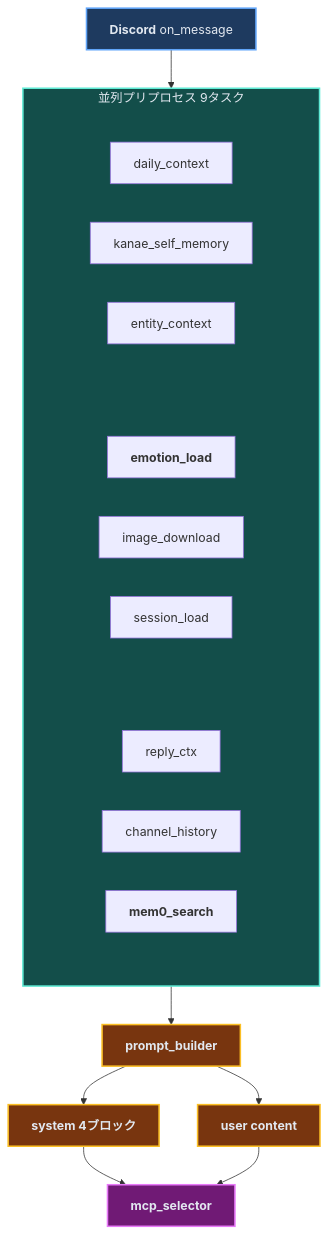
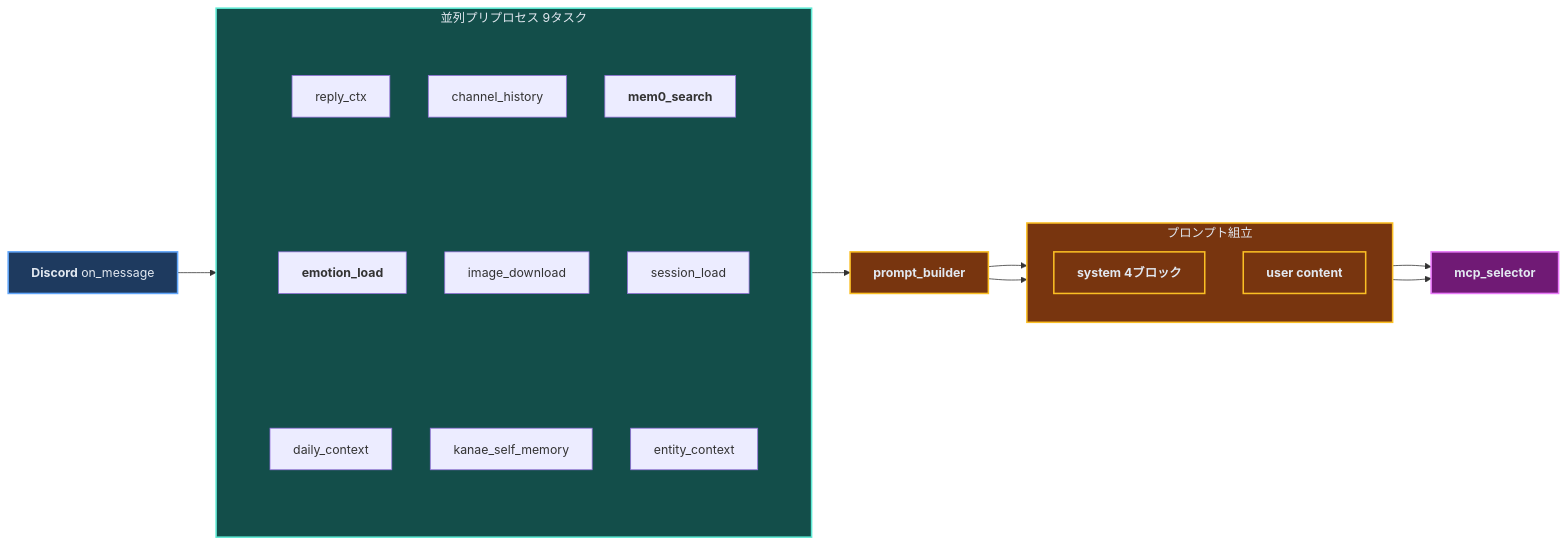
One commit to haroin57/haroin57.com changed the second of 6 diagrams in content/products/discord-bot.md. Above: the diagram before and after it, drawn with Mermaid. The commit also changed other lines of this file, not shown here.

Commit message:
fix: Layer 2をLRフローに変更、Layer 4フォントを24pxに拡大
Layer 2: 全体フローをLRに戻し、9タスクを3列×3行のグリッド配置に。
Layer 4: フォントサイズを18px→24pxに拡大。

````diff
--- a/content/products/discord-bot.md
+++ b/content/products/discord-bot.md
@@ -578,44 +578,53 @@
 ```mermaid
-flowchart TB
+flowchart LR
     MSG["`**Discord** on_message`"]:::input
 
     subgraph Parallel["並列プリプロセス 9タスク"]
-        direction LR
-        subgraph Row1[" "]
-            direction LR
+        direction TB
+        subgraph Col1[" "]
+            direction TB
             T1["`reply_ctx`"]
             T2["`channel_history`"]
             T3["`**mem0_search**`"]
         end
-        subgraph Row2[" "]
-            direction LR
+        subgraph Col2[" "]
+            direction TB
             T4["`**emotion_load**`"]
             T5["`image_download`"]
             T6["`session_load`"]
         end
-        subgraph Row3[" "]
-            direction LR
+        subgraph Col3[" "]
+            direction TB
             T7["`daily_context`"]
             T8["`kanae_self_memory`"]
             T9["`entity_context`"]
         end
+        Col1 ~~~ Col2 ~~~ Col3
     end
 
     PB["`**prompt_builder**`"]:::build
-    SYS["`**system 4ブロック**`"]:::build
-    USER["`**user content**`"]:::build
+
+    subgraph Build["プロンプト組立"]
+        direction TB
+        SYS["`**system 4ブロック**`"]:::build
+        USER["`**user content**`"]:::build
+    end
+
     MCPS["`**mcp_selector**`"]:::select
 
     MSG --> Parallel
     Parallel --> PB
-    PB --> SYS & USER
-    SYS & USER --> MCPS
+    PB --> SYS
+    PB --> USER
+    SYS --> MCPS
+    USER --> MCPS
 
     classDef input fill:#1e3a5f,stroke:#60a5fa,stroke-width:2px,color:#e2e8f0
     classDef build fill:#78350f,stroke:#fbbf24,stroke-width:2px,color:#e2e8f0
     classDef select fill:#701a75,stroke:#e879f9,stroke-width:2px,color:#e2e8f0
     style Parallel fill:#134e4a,stroke:#5eead4,stroke-width:2px,color:#e2e8f0
-    style Row1 fill:none,stroke:none
-    style Row2 fill:none,stroke:none
-    style Row3 fill:none,stroke:none
+    style Build fill:#78350f,stroke:#fbbf24,stroke-width:2px,color:#e2e8f0
+    style Col1 fill:none,stroke:none
+    style Col2 fill:none,stroke:none
+    style Col3 fill:none,stroke:none
 ```
````
